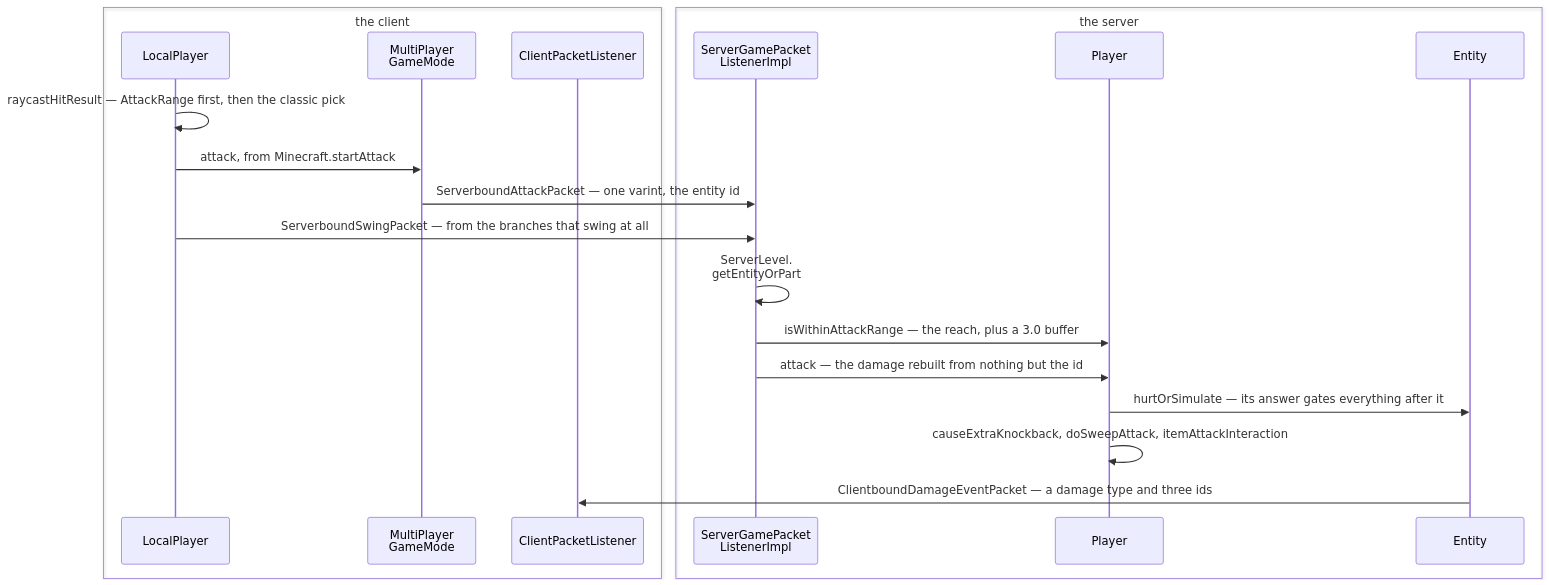
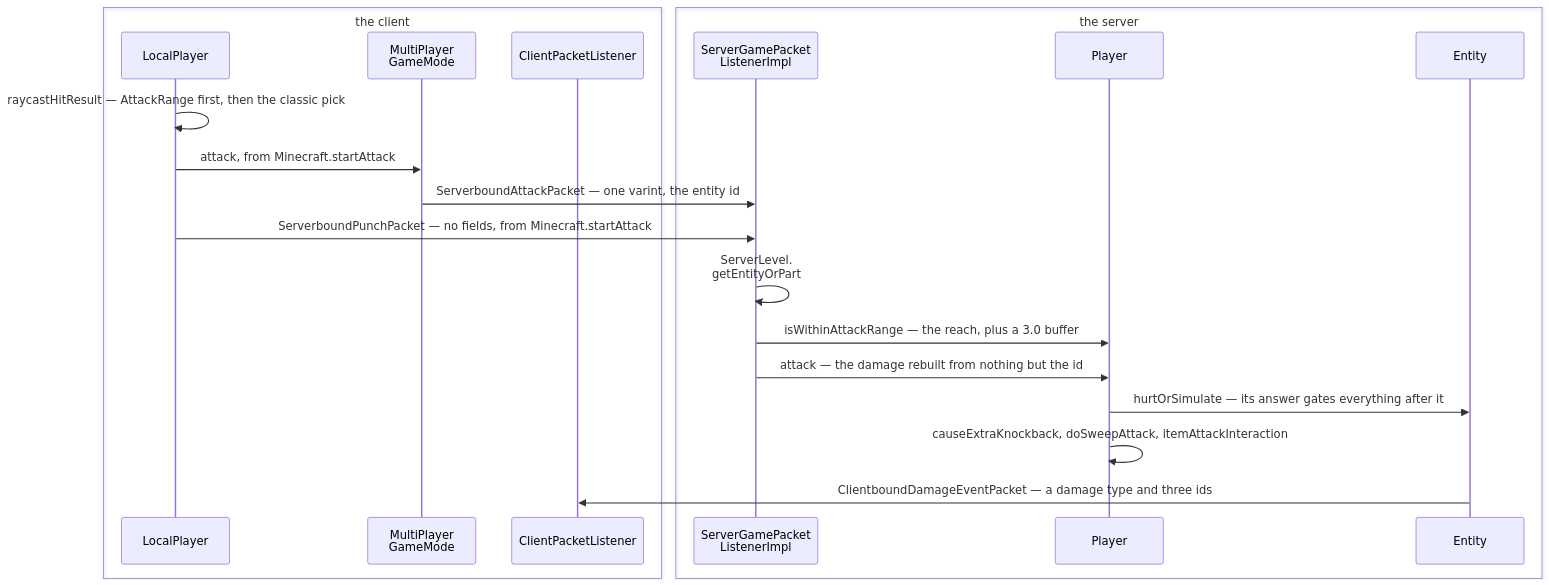
Before and after one commit to AlexanderjFraser/MinecraftDocs: the first of 2 diagrams in src/systems/player/the-sword-swing.md, drawn with Mermaid. The commit also changed other lines of this file and 68 other files, not shown here.

````diff
--- a/src/systems/player/the-sword-swing.md
+++ b/src/systems/player/the-sword-swing.md
@@ -111,24 +111,24 @@
 ```mermaid
 sequenceDiagram
     box transparent the client
     participant LP as LocalPlayer
     participant MPGM as MultiPlayer<br/>GameMode
     participant CPL as ClientPacketListener
     end
     box transparent the server
     participant SGPL as ServerGamePacket<br/>ListenerImpl
     participant Player as Player
     participant Entity as Entity
     end
 
     LP->>LP: raycastHitResult — AttackRange first, then the classic pick
     LP->>MPGM: attack, from Minecraft.startAttack
     MPGM->>SGPL: ServerboundAttackPacket — one varint, the entity id
-    LP->>SGPL: ServerboundSwingPacket — from the branches that swing at all
+    LP->>SGPL: ServerboundPunchPacket — no fields, from Minecraft.startAttack
     SGPL->>SGPL: ServerLevel.<br/>getEntityOrPart
     SGPL->>Player: isWithinAttackRange — the reach, plus a 3.0 buffer
     SGPL->>Player: attack — the damage rebuilt from nothing but the id
     Player->>Entity: hurtOrSimulate — its answer gates everything after it
     Player->>Player: causeExtraKnockback, doSweepAttack, itemAttackInteraction
     Entity->>CPL: ClientboundDamageEventPacket — a damage type and three ids
 ```
````
